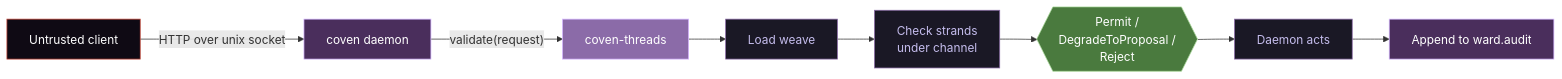
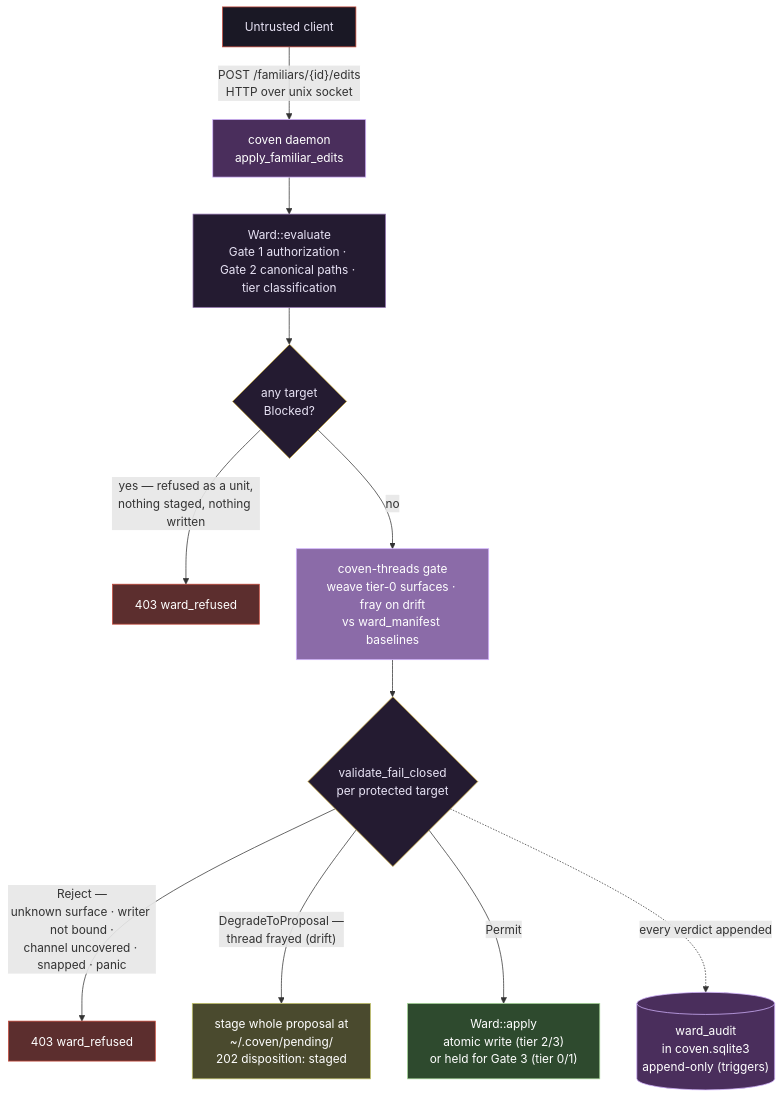
One commit to OpenCoven/coven-threads changed the diagram in docs/diagrams/src/enforcement.mmd. Above: the diagram before and after it, drawn with Mermaid. The commit also changed 18 other files, not shown here.

```diff
--- a/docs/diagrams/src/enforcement.mmd
+++ b/docs/diagrams/src/enforcement.mmd
@@ -1,14 +1,29 @@
-flowchart LR
-  A["Untrusted client"] -->|HTTP over unix socket| B["coven daemon"]
-  B -->|"validate(request)"| C["coven-threads"]
-  C --> D["Load weave"] --> E["Check strands<br/>under channel"]
-  E --> F{{"Permit /<br/>DegradeToProposal /<br/>Reject"}}
-  F --> G["Daemon acts"] --> H["Append to ward.audit"]
-  style A fill:#0F0A14,stroke:#C44536,color:#fff
-  style B fill:#4A2E5C,stroke:#D4B5FF,color:#fff
-  style C fill:#8B6BA8,stroke:#D4B5FF,color:#fff
-  style D fill:#1A1825,stroke:#8B6BA8,color:#C5BDED
-  style E fill:#1A1825,stroke:#8B6BA8,color:#C5BDED
-  style F fill:#4A7A3E,stroke:#A8D89A,color:#fff
-  style G fill:#1A1825,stroke:#8B6BA8,color:#C5BDED
-  style H fill:#4A2E5C,stroke:#D4B5FF,color:#fff
+%% enforcement — the Phase 2 enforcement flow as shipped: the daemon's only
+%% arbitrary-file write path into familiar homes, with the coven-threads gate
+%% between Ward::evaluate and Ward::apply.
+%% Source of truth: PHASE-0-DESIGN.md §5; coven PR #382
+%% (crates/coven-cli/src/threads_gate.rs, api.rs apply_familiar_edits).
+%% Form: decision flowchart — the verdict branching IS the story.
+flowchart TD
+  CLIENT["Untrusted client"] -->|"POST /familiars/{id}/edits<br/>HTTP over unix socket"| HANDLER["coven daemon<br/>apply_familiar_edits"]
+  HANDLER --> EVAL["Ward::evaluate<br/>Gate 1 authorization · Gate 2 canonical paths · tier classification"]
+  EVAL --> BLOCKED{"any target<br/>Blocked?"}
+  BLOCKED -->|"yes — refused as a unit,<br/>nothing staged, nothing written"| R1["403 ward_refused"]
+  BLOCKED -->|no| GATE["coven-threads gate<br/>weave tier-0 surfaces · fray on drift<br/>vs ward_manifest baselines"]
+  GATE --> VERDICT{"validate_fail_closed<br/>per protected target"}
+  VERDICT -->|"Reject —<br/>unknown surface · writer not bound ·<br/>channel uncovered · snapped · panic"| R2["403 ward_refused"]
+  VERDICT -->|"DegradeToProposal —<br/>thread frayed (drift)"| STAGE["stage whole proposal at<br/>~/.coven/pending/<br/>202 disposition: staged"]
+  VERDICT -->|Permit| APPLY["Ward::apply<br/>atomic write (tier 2/3)<br/>or held for Gate 3 (tier 0/1)"]
+  VERDICT -.->|every verdict appended| AUDIT[("ward_audit<br/>in coven.sqlite3<br/>append-only (triggers)")]
+
+  style CLIENT fill:#1A1825,stroke:#C44536,color:#E8E3F5
+  style HANDLER fill:#4A2E5C,stroke:#D4B5FF,color:#FFFFFF
+  style EVAL fill:#241B31,stroke:#8B6BA8,color:#E8E3F5
+  style BLOCKED fill:#241B31,stroke:#C4A536,color:#E8E3F5
+  style GATE fill:#8B6BA8,stroke:#D4B5FF,color:#FFFFFF
+  style VERDICT fill:#241B31,stroke:#C4A536,color:#E8E3F5
+  style R1 fill:#5C2E2E,stroke:#C44536,color:#FFFFFF
+  style R2 fill:#5C2E2E,stroke:#C44536,color:#FFFFFF
+  style STAGE fill:#4A4A2E,stroke:#C4C46A,color:#FFFFFF
+  style APPLY fill:#2E4A2E,stroke:#A8D89A,color:#FFFFFF
+  style AUDIT fill:#4A2E5C,stroke:#D4B5FF,color:#FFFFFF
```
